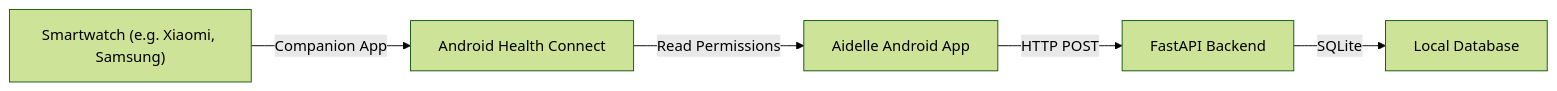
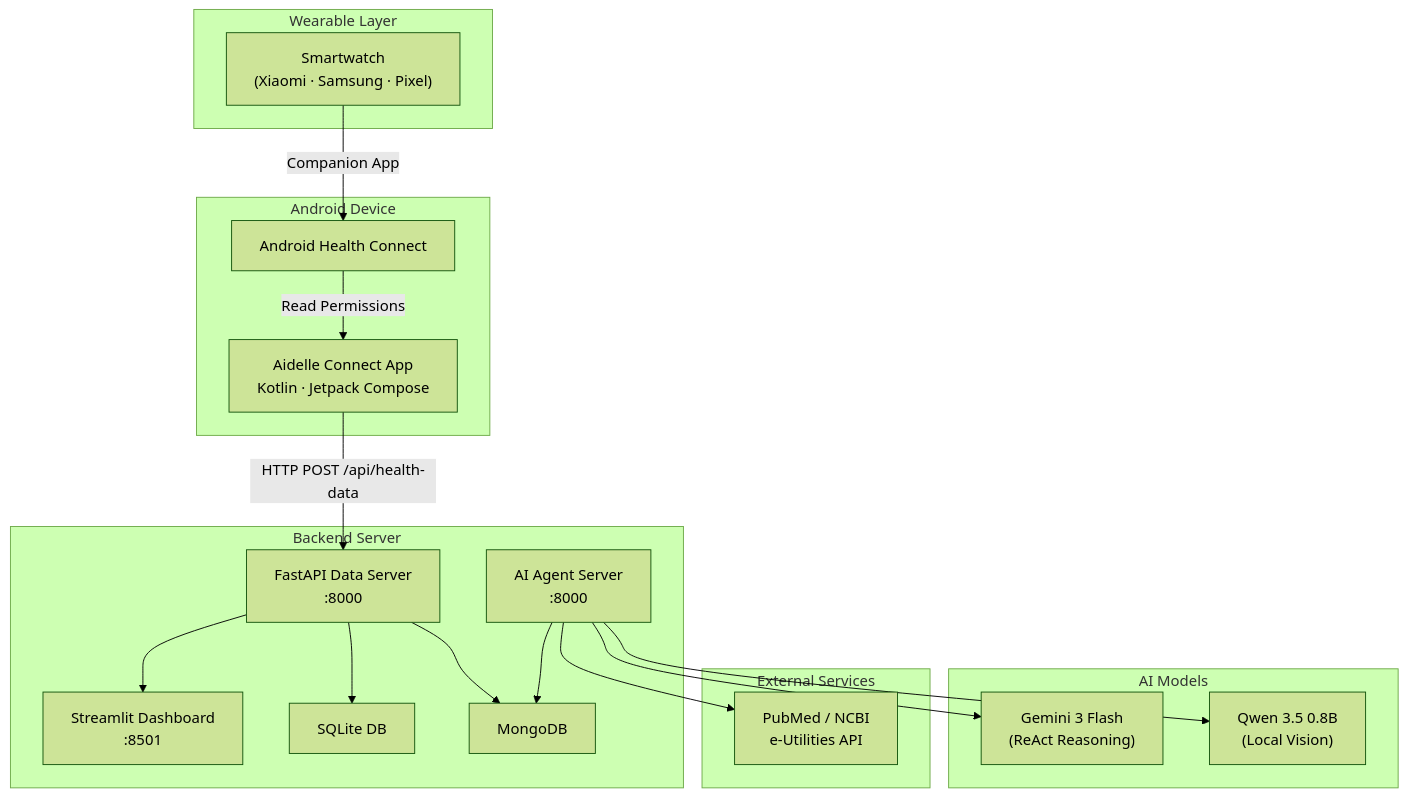
The diagram in README.md (MokhtarOuardi/Aidelle), drawn with Mermaid (forest theme) before and after one commit. The commit also changed other lines of this file and 2 other files, not shown here.

Commit message:
Update README and add MongoDB integration

````diff
--- a/README.md
+++ b/README.md
@@ -11,7 +11,39 @@
 ```mermaid
-graph LR
-    Wearable["Smartwatch (e.g. Xiaomi, Samsung)"] -->|Companion App| HealthConnect["Android Health Connect"]
-    HealthConnect -->|Read Permissions| AidelleApp["Aidelle Android App"]
-    AidelleApp -->|HTTP POST| FastAPI["FastAPI Backend"]
-    FastAPI -->|SQLite| DB["Local Database"]
+graph TD
+    subgraph "Wearable Layer"
+        W["Smartwatch\n(Xiaomi · Samsung · Pixel)"]
+    end
+
+    subgraph "Android Device"
+        HC["Android Health Connect"]
+        APP["Aidelle Connect App\nKotlin · Jetpack Compose"]
+    end
+
+    subgraph "Backend Server"
+        FAST["FastAPI Data Server\n:8000"]
+        AGENT["AI Agent Server\n:8000"]
+        DASH["Streamlit Dashboard\n:8501"]
+        SQLite["SQLite DB"]
+        Mongo["MongoDB"]
+    end
+
+    subgraph "AI Models"
+        GEMINI["Gemini 3 Flash\n(ReAct Reasoning)"]
+        QWEN["Qwen 3.5 0.8B\n(Local Vision)"]
+    end
+
+    subgraph "External Services"
+        PUBMED["PubMed / NCBI\ne-Utilities API"]
+    end
+
+    W -->|Companion App| HC
+    HC -->|Read Permissions| APP
+    APP -->|HTTP POST /api/health-data| FAST
+    FAST --> SQLite
+    FAST --> Mongo
+    FAST --> DASH
+    AGENT --> GEMINI
+    AGENT --> QWEN
+    AGENT --> PUBMED
+    AGENT --> Mongo
 ```
````
